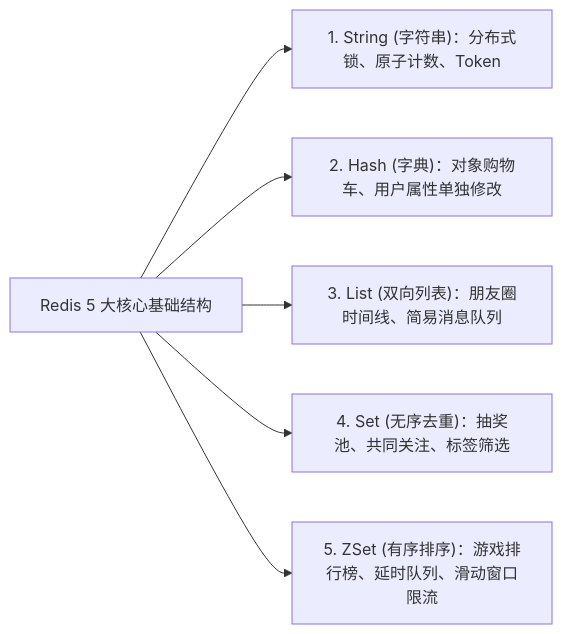
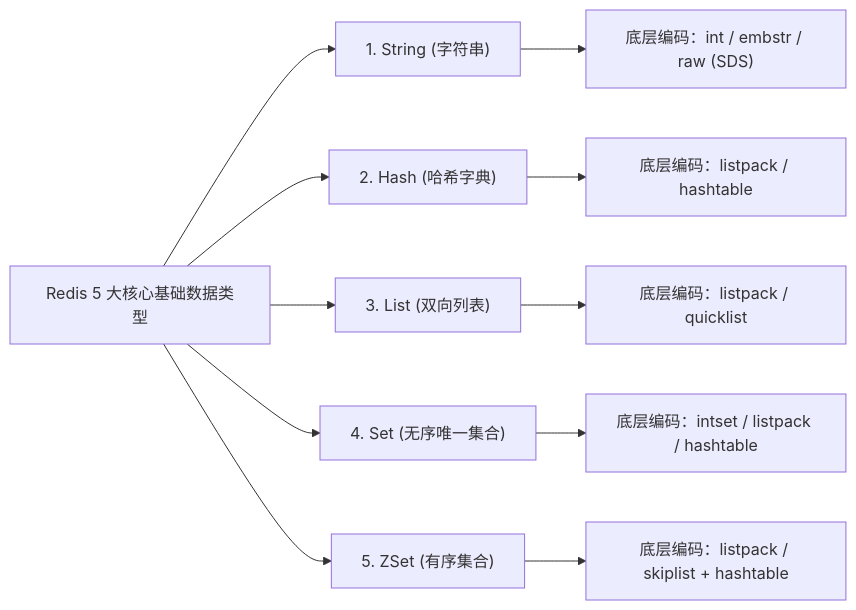
One commit to GuoWWWX/knowledge-base changed the second of 2 diagrams in 20-Java后端/05-数据库与存储/05-Redis数据结构与应用.md. Above: the diagram before and after it, drawn with Mermaid. The commit also changed other lines of this file and 251 other files, not shown here.

````diff
--- a/20-Java后端/05-数据库与存储/05-Redis数据结构与应用.md
+++ b/20-Java后端/05-数据库与存储/05-Redis数据结构与应用.md
@@ -47,9 +56,19 @@
 ```mermaid
 flowchart LR
-    Redis["Redis 5 大核心基础结构"]
-    Redis --> S["1. String (字符串)：分布式锁、原子计数、Token"]
-    Redis --> H["2. Hash (字典)：对象购物车、用户属性单独修改"]
-    Redis --> L["3. List (双向列表)：朋友圈时间线、简易消息队列"]
-    Redis --> Set["4. Set (无序去重)：抽奖池、共同关注、标签筛选"]
-    Redis --> ZSet["5. ZSet (有序排序)：游戏排行榜、延时队列、滑动窗口限流"]
+    Redis["Redis 5 大核心基础数据类型"]
+    
+    Redis --> S["1. String (字符串)"]
+    S --> S_Enc["底层编码：int / embstr / raw (SDS)"]
+    
+    Redis --> H["2. Hash (哈希字典)"]
+    H --> H_Enc["底层编码：listpack / hashtable"]
+    
+    Redis --> L["3. List (双向列表)"]
+    L --> L_Enc["底层编码：listpack / quicklist"]
+    
+    Redis --> Set["4. Set (无序唯一集合)"]
+    Set --> Set_Enc["底层编码：intset / listpack / hashtable"]
+    
+    Redis --> ZSet["5. ZSet (有序集合)"]
+    ZSet --> ZSet_Enc["底层编码：listpack / skiplist + hashtable"]
 ```
````
